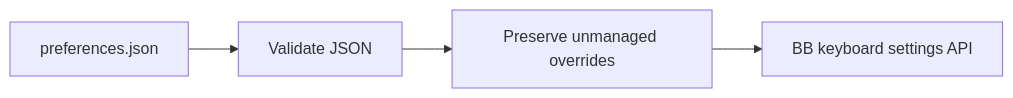
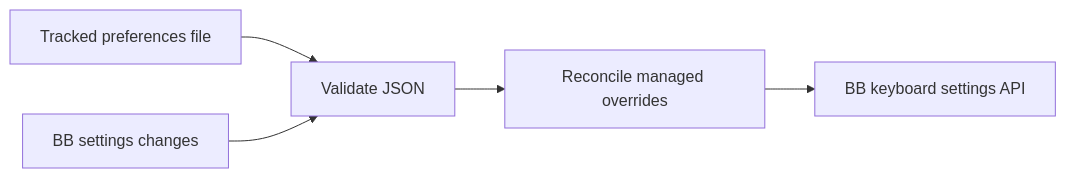
Before and after one commit to connorads/dotfiles: the diagram in src/bb-plugins/preferences/README.md, drawn with Mermaid. The commit also changed other lines of this file and 7 other files, not shown here.

````diff
--- a/src/bb-plugins/preferences/README.md
+++ b/src/bb-plugins/preferences/README.md
@@ -7,6 +7,7 @@
 ```mermaid
 flowchart LR
-  File[preferences.json] --> Validate[Validate JSON]
-  Validate --> Merge[Preserve unmanaged overrides]
-  Merge --> API[BB keyboard settings API]
+  File[Tracked preferences file] --> Validate[Validate JSON]
+  UI[BB settings changes] --> Validate
+  Validate --> Reconcile[Reconcile managed overrides]
+  Reconcile --> API[BB keyboard settings API]
 ```
````
